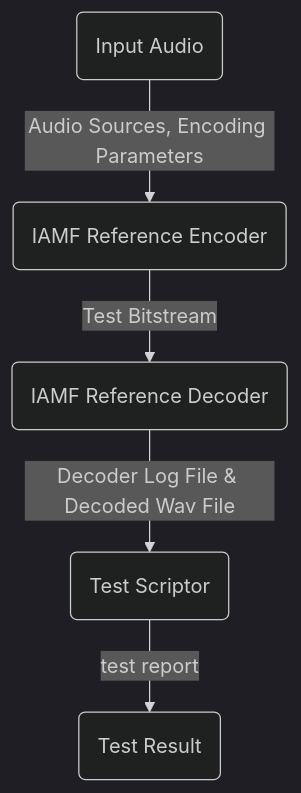
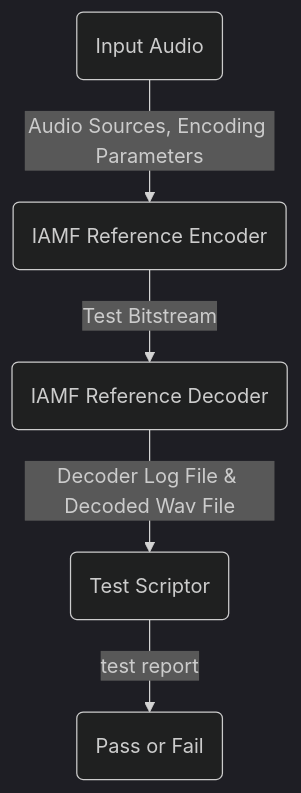
Before and after one commit to Luiz-Monad/libiamf: the diagram in README_Primitive_Test.md, drawn with Mermaid (dark theme).

Commit message:
Update README_Primitive_Test.md
Upstream: 09e214b7b7af5dde15b000195b381740d75f1117

````diff
--- a/README_Primitive_Test.md
+++ b/README_Primitive_Test.md
@@ -12,7 +12,7 @@
 ```mermaid
 graph TD
 Source(Input Audio) -->|Audio Sources, Encoding Parameters| Enc(IAMF Reference Encoder)
 Enc --> |Test Bitstream| Dec(IAMF Reference Decoder)
 Dec --> |Decoder Log File & Decoded Wav File| Verifier(Test Scriptor)
-Verifier --> |test report| Result(Test Result)
+Verifier --> |test report| Result(Pass or Fail)
 ```
````
